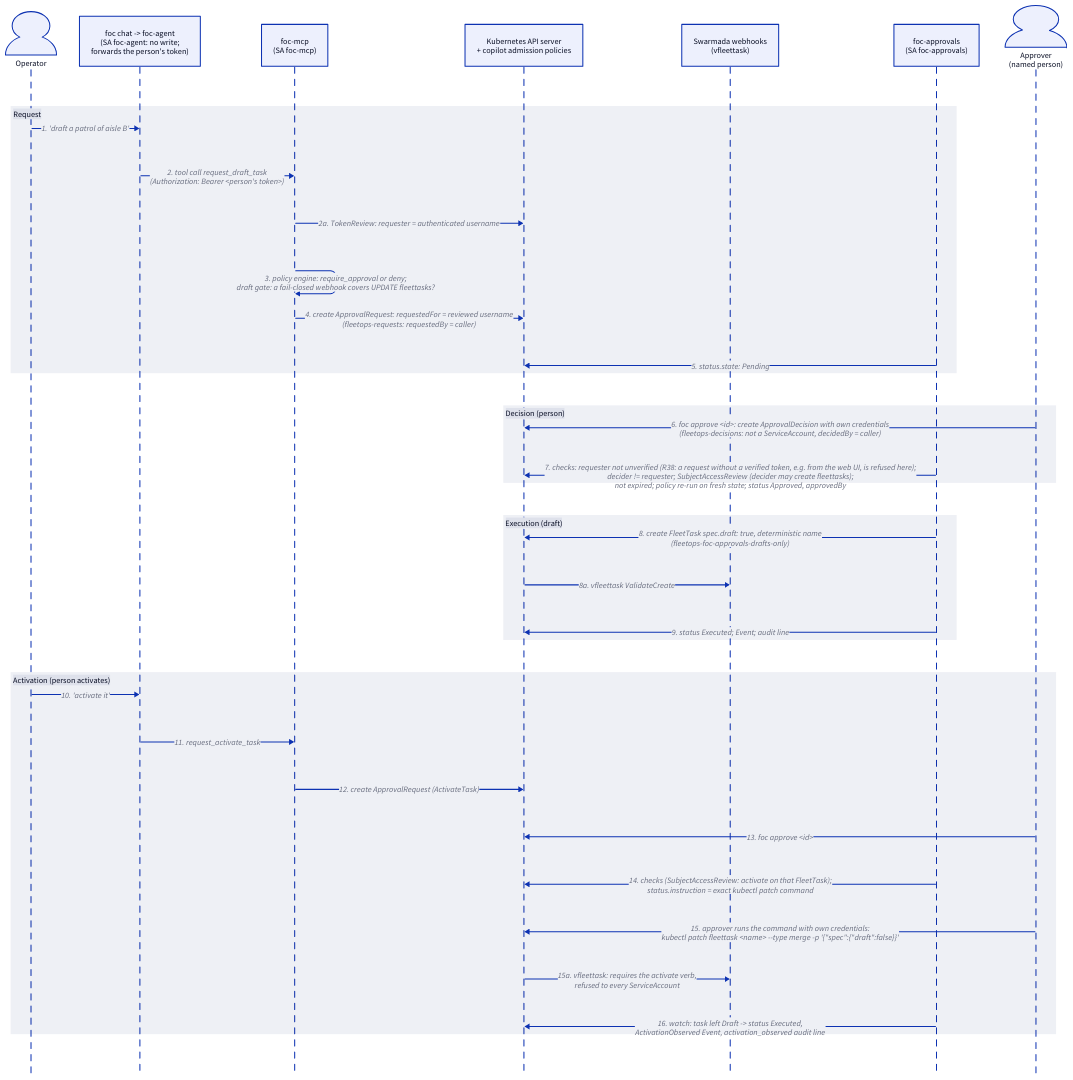
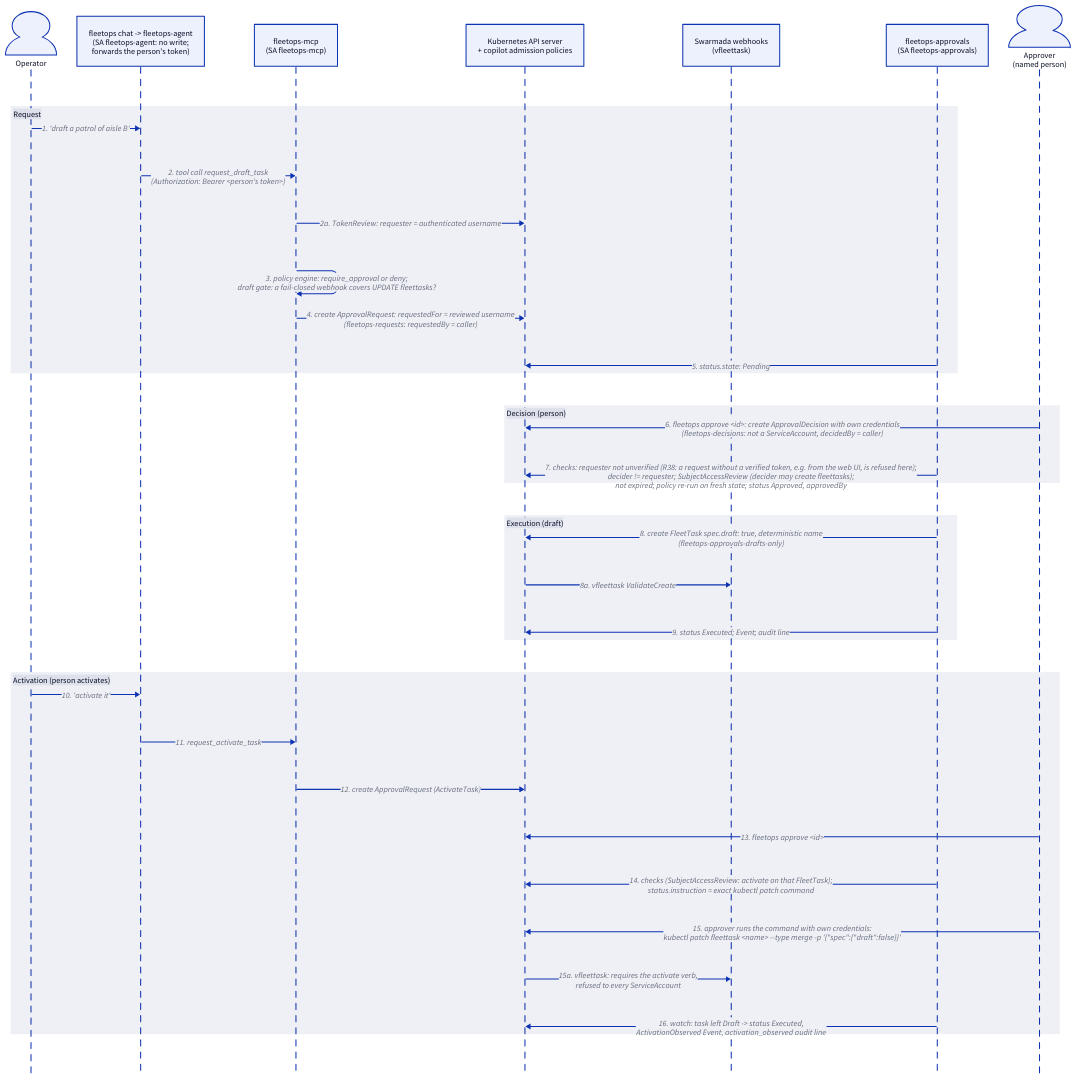
The diagram in docs/architecture/approval-flow.d2 (AlexBahel/fleet-ops-copilot), drawn with D2 before and after one commit. The commit also changed 128 other files, not shown here.

```diff
--- a/docs/architecture/approval-flow.d2
+++ b/docs/architecture/approval-flow.d2
@@ -1,49 +1,49 @@
 # Fleet Ops Copilot: approval flow for a draft FleetTask and its activation
 # (docs/DESIGN.md §3.3, D25, D28). Source for approval-flow.svg; render with
 # `d2 approval-flow.d2 approval-flow.svg` (see README.md in this directory).
 # Zone maintenance and zone stop follow steps 1-9 with a different write in
-# step 8. foc-mcp records as requestedFor the username of the caller's bearer
+# step 8. fleetops-mcp records as requestedFor the username of the caller's bearer
 # token, verified with a TokenReview (R39); without a verified token it records
 # unverified:<name>, which is refused at step 7 (R38). The web UI sends no token,
-# so its requests stop there; foc chat sends the person's token.
+# so its requests stop there; fleetops chat sends the person's token.
 
 shape: sequence_diagram
 
 operator: Operator {shape: person}
-agent: "foc chat -> foc-agent\n(SA foc-agent: no write;\nforwards the person's token)"
-mcp: "foc-mcp\n(SA foc-mcp)"
+agent: "fleetops chat -> fleetops-agent\n(SA fleetops-agent: no write;\nforwards the person's token)"
+mcp: "fleetops-mcp\n(SA fleetops-mcp)"
 api: "Kubernetes API server\n+ copilot admission policies"
 webhooks: "Swarmada webhooks\n(vfleettask)"
-approvals: "foc-approvals\n(SA foc-approvals)"
+approvals: "fleetops-approvals\n(SA fleetops-approvals)"
 approver: "Approver\n(named person)" {shape: person}
 
 request: "Request" {
   operator -> agent: "1. 'draft a patrol of aisle B'"
   agent -> mcp: "2. tool call request_draft_task\n(Authorization: Bearer <person's token>)"
   mcp -> api: "2a. TokenReview: requester = authenticated username"
   mcp -> mcp: "3. policy engine: require_approval or deny;\ndraft gate: a fail-closed webhook covers UPDATE fleettasks?"
   mcp -> api: "4. create ApprovalRequest: requestedFor = reviewed username\n(fleetops-requests: requestedBy = caller)"
   approvals -> api: "5. status.state: Pending"
 }
 
 decide: "Decision (person)" {
-  approver -> api: "6. foc approve <id>: create ApprovalDecision with own credentials\n(fleetops-decisions: not a ServiceAccount, decidedBy = caller)"
+  approver -> api: "6. fleetops approve <id>: create ApprovalDecision with own credentials\n(fleetops-decisions: not a ServiceAccount, decidedBy = caller)"
   approvals -> api: "7. checks: requester not unverified (R38: a request without a verified token, e.g. from the web UI, is refused here);\ndecider != requester; SubjectAccessReview (decider may create fleettasks);\nnot expired; policy re-run on fresh state; status Approved, approvedBy"
 }
 
 execute: "Execution (draft)" {
-  approvals -> api: "8. create FleetTask spec.draft: true, deterministic name\n(fleetops-foc-approvals-drafts-only)"
+  approvals -> api: "8. create FleetTask spec.draft: true, deterministic name\n(fleetops-approvals-drafts-only)"
   api -> webhooks: "8a. vfleettask ValidateCreate"
   approvals -> api: "9. status Executed; Event; audit line"
 }
 
 activate: "Activation (person activates)" {
   operator -> agent: "10. 'activate it'"
   agent -> mcp: "11. request_activate_task"
   mcp -> api: "12. create ApprovalRequest (ActivateTask)"
-  approver -> api: "13. foc approve <id>"
+  approver -> api: "13. fleetops approve <id>"
   approvals -> api: "14. checks (SubjectAccessReview: activate on that FleetTask);\nstatus.instruction = exact kubectl patch command"
   approver -> api: "15. approver runs the command with own credentials:\nkubectl patch fleettask <name> --type merge -p '{\"spec\":{\"draft\":false}}'"
   api -> webhooks: "15a. vfleettask: requires the activate verb,\nrefused to every ServiceAccount"
   approvals -> api: "16. watch: task left Draft -> status Executed,\nActivationObserved Event, activation_observed audit line"
 }
```
